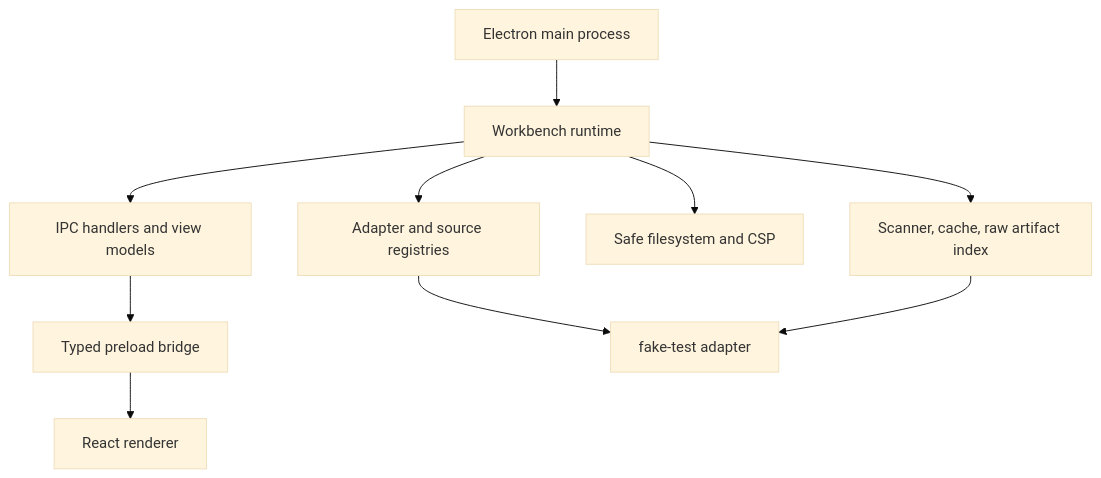
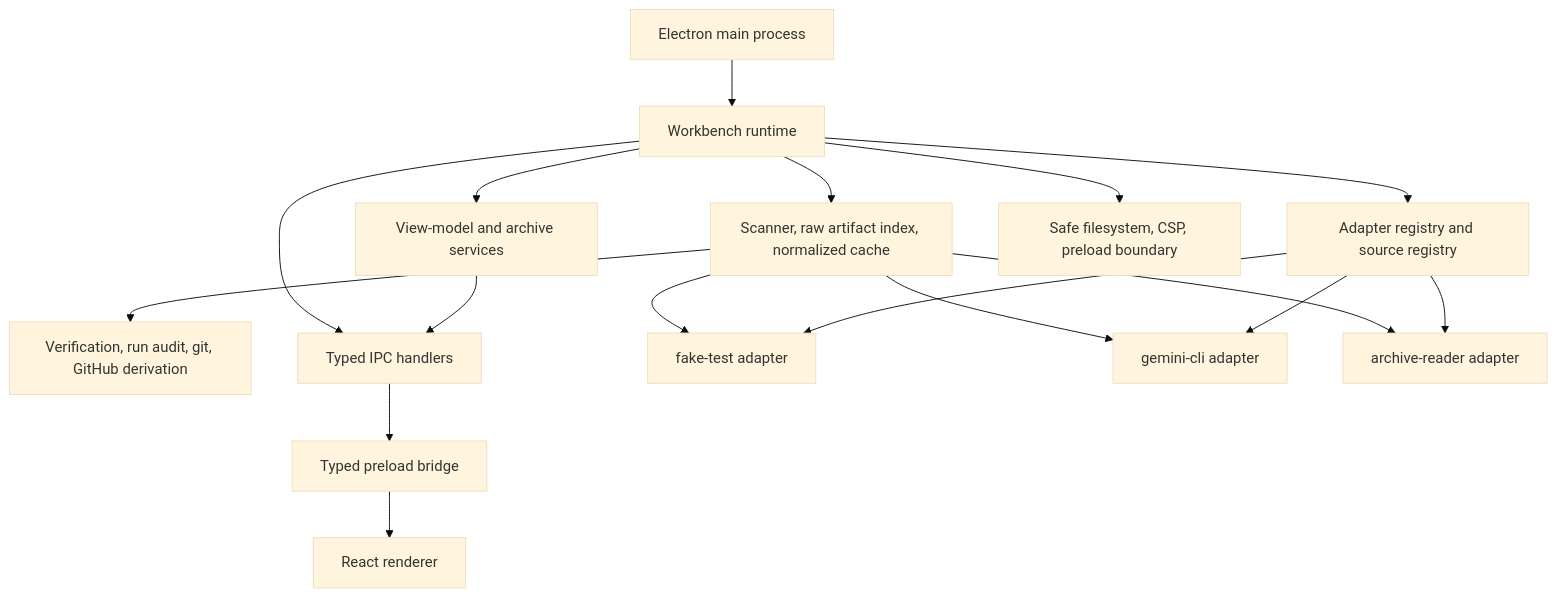
Before and after one commit to rakole/control-plus-zebra: the diagram in docs/ARCHITECTURE.md, drawn with Mermaid (base theme). The commit also changed other lines of this file and 151 other files, not shown here.

````diff
--- a/docs/ARCHITECTURE.md
+++ b/docs/ARCHITECTURE.md
@@ -10,22 +10,33 @@
 ```mermaid
 graph TD
   ElectronMain["Electron main process"]
   Runtime["Workbench runtime"]
-  Registry["Adapter and source registries"]
-  Ingestion["Scanner, cache, raw artifact index"]
-  Security["Safe filesystem and CSP"]
-  IPC["IPC handlers and view models"]
+  Registry["Adapter registry and source registry"]
+  Ingestion["Scanner, raw artifact index, normalized cache"]
+  Derived["Verification, run audit, git, GitHub derivation"]
+  Services["View-model and archive services"]
+  Security["Safe filesystem, CSP, preload boundary"]
+  IPC["Typed IPC handlers"]
   Preload["Typed preload bridge"]
   Renderer["React renderer"]
-  Adapter["fake-test adapter"]
+  Fake["fake-test adapter"]
+  Gemini["gemini-cli adapter"]
+  Archive["archive-reader adapter"]
 
   ElectronMain --> Runtime
   Runtime --> Registry
   Runtime --> Ingestion
+  Ingestion --> Derived
+  Runtime --> Services
   Runtime --> Security
-  Registry --> Adapter
-  Ingestion --> Adapter
+  Registry --> Fake
+  Registry --> Gemini
+  Registry --> Archive
+  Ingestion --> Fake
+  Ingestion --> Gemini
+  Ingestion --> Archive
+  Services --> IPC
   Runtime --> IPC
   IPC --> Preload
   Preload --> Renderer
 ```
````
